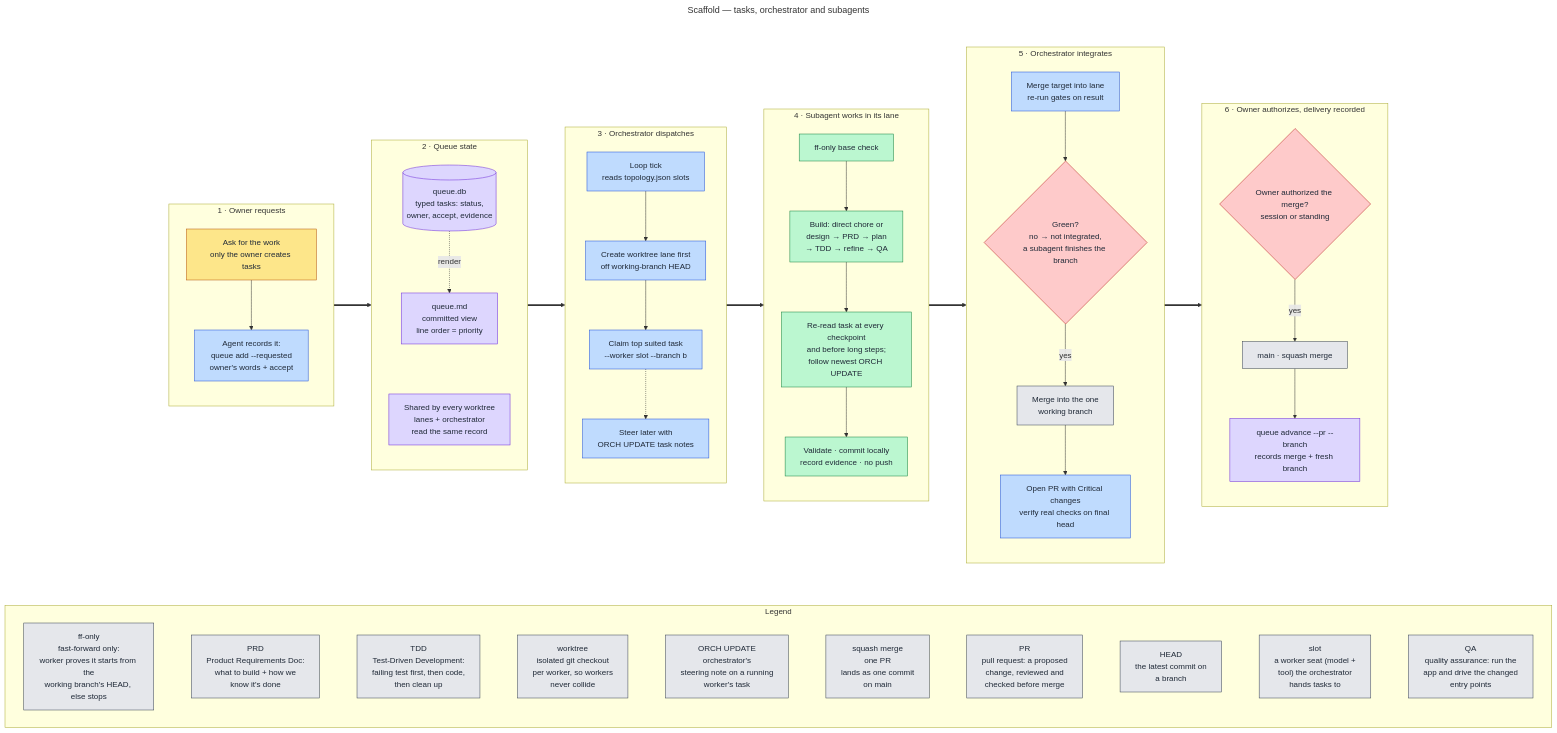
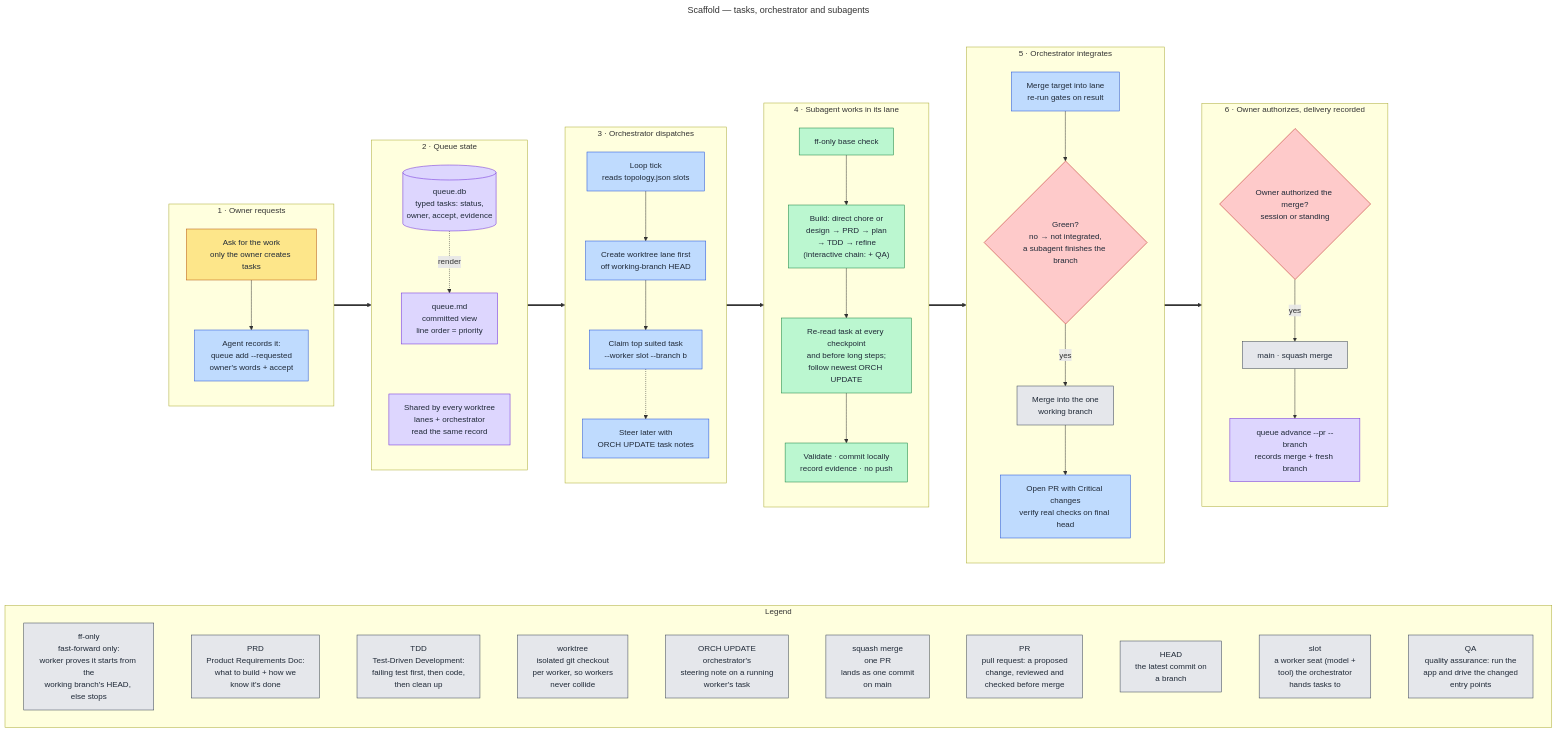
Before and after one commit to victusfate/scaffold: the diagram in docs/diagrams/src/orchestration.mmd, drawn with Mermaid. The commit also changed 56 other files, not shown here.

First line of the commit message:
docs(diagrams): re-check every page against its sources after corrections

```diff
--- a/docs/diagrams/src/orchestration.mmd
+++ b/docs/diagrams/src/orchestration.mmd
@@ -1,89 +1,89 @@
 ---
 title: Scaffold — tasks, orchestrator and subagents
 ---
 flowchart TB
   classDef owner fill:#fde68a,stroke:#b45309,color:#1f2937
   classDef orch fill:#bfdbfe,stroke:#1d4ed8,color:#1f2937
   classDef state fill:#ddd6fe,stroke:#6d28d9,color:#1f2937
   classDef lane fill:#bbf7d0,stroke:#15803d,color:#1f2937
   classDef git fill:#e5e7eb,stroke:#374151,color:#1f2937
   classDef gate fill:#fecaca,stroke:#b91c1c,color:#1f2937
 
   %% Edges run between stage subgraphs (not inner nodes) so each stage keeps
   %% its own top-to-bottom direction and the whole image stays landscape.
 
   subgraph FLOW[" "]
   direction LR
 
   subgraph OWNER["1 · Owner requests"]
     direction TB
     O1["Ask for the work<br/>only the owner creates tasks"]:::owner
     O0["Agent records it:<br/>queue add --requested<br/>owner's words + accept"]:::orch
     O1 --> O0
   end
 
   subgraph QUEUE["2 · Queue state"]
     direction TB
     Q1[("queue.db<br/>typed tasks: status,<br/>owner, accept, evidence")]:::state
     Q2["queue.md<br/>committed view<br/>line order = priority"]:::state
     Q3["Shared by every worktree<br/>lanes + orchestrator<br/>read the same record"]:::state
     Q1 -.render.-> Q2
     Q2 ~~~ Q3
   end
 
   subgraph DISPATCH["3 · Orchestrator dispatches"]
     direction TB
     T["Loop tick<br/>reads topology.json slots"]:::orch
     C["Claim top suited task<br/>--worker slot --branch b"]:::orch
     W["Create worktree lane first<br/>off working-branch HEAD"]:::orch
     U["Steer later with<br/>ORCH UPDATE task notes"]:::orch
     T --> W --> C
     C -.-> U
   end
 
   subgraph LANE["4 · Subagent works in its lane"]
     direction TB
     S1["ff-only base check"]:::lane
-    S2["Build: direct chore or<br/>design → PRD → plan<br/>→ TDD → refine → QA"]:::lane
+    S2["Build: direct chore or<br/>design → PRD → plan<br/>→ TDD → refine<br/>(interactive chain: + QA)"]:::lane
     S3["Re-read task at every checkpoint<br/>and before long steps;<br/>follow newest ORCH UPDATE"]:::lane
     S4["Validate · commit locally<br/>record evidence · no push"]:::lane
     S1 --> S2 --> S3 --> S4
   end
 
   subgraph INTEGRATE["5 · Orchestrator integrates"]
     direction TB
     I["Merge target into lane<br/>re-run gates on result"]:::orch
     G{"Green?<br/>no → not integrated,<br/>a subagent finishes the branch"}:::gate
     B["Merge into the one<br/>working branch"]:::git
     PR["Open PR with Critical changes<br/>verify real checks on final head"]:::orch
     I --> G -->|yes| B --> PR
   end
 
   subgraph SHIP["6 · Owner authorizes, delivery recorded"]
     direction TB
     O2{"Owner authorized the merge?<br/>session or standing"}:::gate
     M["main · squash merge"]:::git
     A["queue advance --pr --branch<br/>records merge + fresh branch"]:::state
     O2 -->|yes| M --> A
   end
 
   OWNER ==> QUEUE ==> DISPATCH ==> LANE ==> INTEGRATE ==> SHIP
   end
   style FLOW fill:none,stroke:none
 
   subgraph LEGEND["Legend"]
     direction LR
     L1["ff-only<br/>fast-forward only:<br/>worker proves it starts from the<br/>working branch's HEAD, else stops"]:::git
     L2["PRD<br/>Product Requirements Doc:<br/>what to build + how we<br/>know it's done"]:::git
     L3["TDD<br/>Test-Driven Development:<br/>failing test first, then code,<br/>then clean up"]:::git
     L4["worktree<br/>isolated git checkout<br/>per worker, so workers<br/>never collide"]:::git
     L5["ORCH UPDATE<br/>orchestrator's<br/>steering note on a running<br/>worker's task"]:::git
     L6["squash merge<br/>one PR<br/>lands as one commit<br/>on main"]:::git
     L7["PR<br/>pull request: a proposed<br/>change, reviewed and<br/>checked before merge"]:::git
     L8["HEAD<br/>the latest commit on<br/>a branch"]:::git
     L9["slot<br/>a worker seat (model +<br/>tool) the orchestrator<br/>hands tasks to"]:::git
     L10["QA<br/>quality assurance: run the<br/>app and drive the changed<br/>entry points"]:::git
     L1 ~~~ L2 ~~~ L3 ~~~ L4 ~~~ L5 ~~~ L6 ~~~ L7 ~~~ L8 ~~~ L9 ~~~ L10
   end
 
   FLOW ~~~ LEGEND
```
